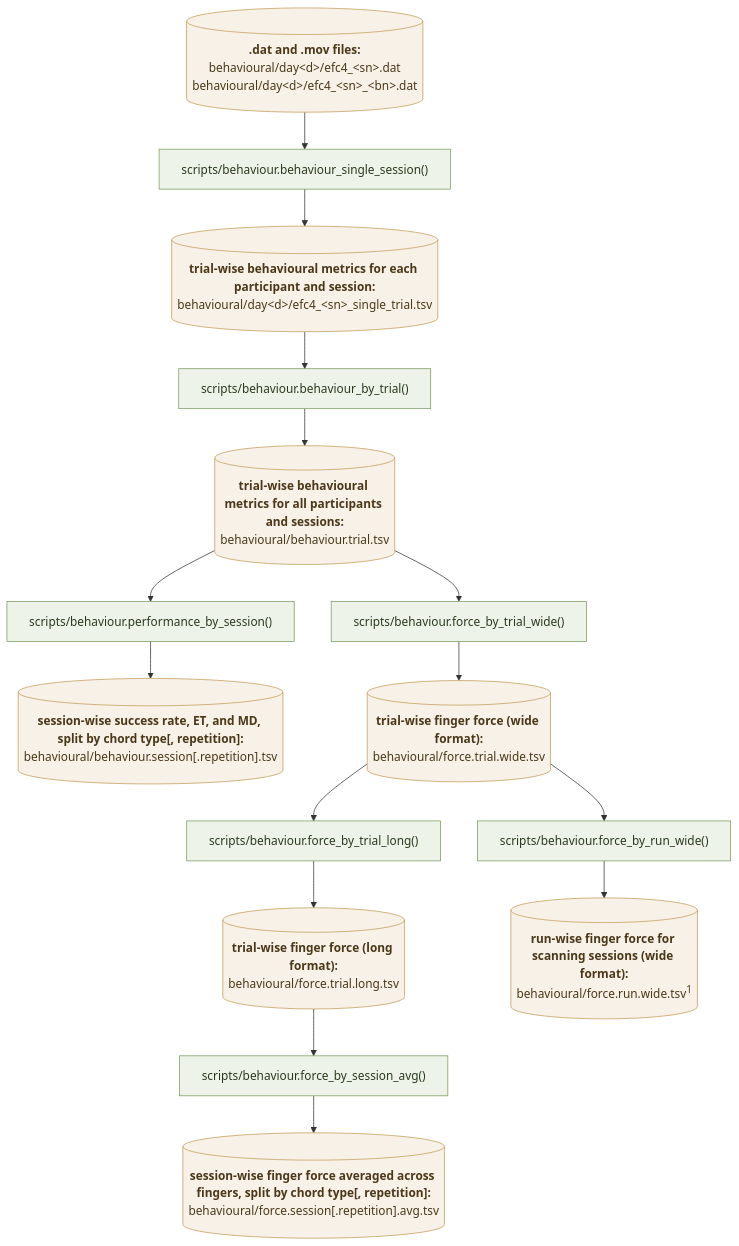
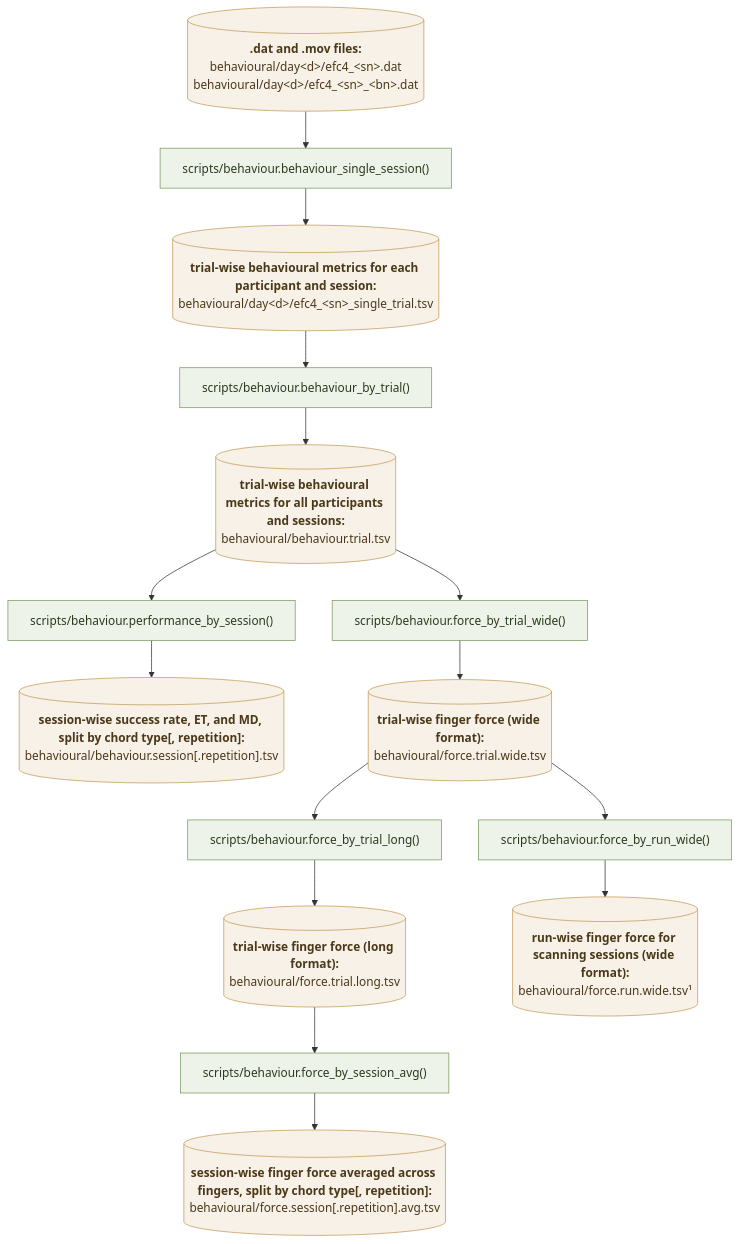
Before and after one commit to mnlmrc/extension-flexion-chords: the first of 3 diagrams in README.md, drawn with Mermaid. The commit also changed other lines of this file, not shown here.

````diff
--- a/README.md
+++ b/README.md
@@ -19,59 +19,59 @@
 ```mermaid
 flowchart TD
     %% ---------- single trial ----------
-    RAW_BEHAV[("<b>.dat and .mov files:</b><br/>behavioural/day&lt;d&gt;/efc4_&lt;sn&gt;.dat<br/>behavioural/day&lt;d&gt;/efc4_&lt;sn&gt;_&lt;bn&gt;.dat")]:::data
+    RAW_BEHAV[("<b>.dat and .mov files:</b><br/>behavioural/day#lt;d#gt;/efc4_#lt;sn#gt;.dat<br/>behavioural/day#lt;d#gt;/efc4_#lt;sn#gt;_#lt;bn#gt;.dat")]:::data
     ST["scripts/behaviour.behaviour_single_session()"]:::code
-    STTSV[("<b>trial-wise behavioural metrics for each participant and session:</b><br/>behavioural/day&lt;d&gt;/efc4_&lt;sn&gt;_single_trial.tsv")]:::data
+    STTSV[("<b>trial-wise behavioural metrics for each participant and session:</b><br/>behavioural/day#lt;d#gt;/efc4_#lt;sn#gt;_single_trial.tsv")]:::data
 
     RAW_BEHAV --> ST
     ST --> STTSV
 
     %% ---------- summary ----------
     F_TRIAL["scripts/behaviour.behaviour_by_trial()"]:::code
     F_SESS["scripts/behaviour.performance_by_session()"]:::code
     F_FWIDE["scripts/behaviour.force_by_trial_wide()"]:::code
     F_FRUN["scripts/behaviour.force_by_run_wide()"]:::code
     F_FLONG["scripts/behaviour.force_by_trial_long()"]:::code
     F_FSESS["scripts/behaviour.force_by_session_avg()"]:::code
 
     TRIAL[("<b>trial-wise behavioural metrics for all participants and sessions:</b><br/>behavioural/behaviour.trial.tsv")]:::data
     
     PERF_REP[("<b>session-wise success rate, ET, and MD, split by chord type[, repetition]:</b><br/>behavioural/behaviour.session[.repetition].tsv")]:::data
     
     FWIDE[("<b>trial-wise finger force (wide format):</b><br/>behavioural/force.trial.wide.tsv")]:::data
     FLONG[("<b>trial-wise finger force (long format):</b><br/>behavioural/force.trial.long.tsv")]:::data
     FSESS_REP[("<b>session-wise finger force averaged across fingers, split by chord type[, repetition]:</b><br/>behavioural/force.session[.repetition].avg.tsv")]:::data
-    FFMRI[("<b>run-wise finger force for scanning sessions (wide format):</b><br/>behavioural/force.run.wide.tsv<sup>1</sup>")]:::data
+    FFMRI[("<b>run-wise finger force for scanning sessions (wide format):</b><br/>behavioural/force.run.wide.tsv¹")]:::data
 
     %% ---------- force pattern analysis ----------
     %%P_GFORCE["scripts/pattern.calc_G_force()"]:::code
     %%P_DFFORCE["scripts/pattern.make_G_dataframe_force()"]:::code
 
-    %%GFORCE[("<b>8x8 second-moment matrices of 5-finger absolute force and absolute force derivative for each participant, session[, repetition]:</b><br/>pcm/subj&lt;sn&gt;/G_obs_raw.within_session.&lt;session&gt;[.&lt;repetition&gt;].force.&lt;metric&gt;.npy")]:::data
+    %%GFORCE[("<b>8x8 second-moment matrices of 5-finger absolute force and absolute force derivative for each participant, session[, repetition]:</b><br/>pcm/subj#lt;sn#gt;/G_obs_raw.within_session.#lt;session#gt;[.#lt;repetition#gt;].force.#lt;metric#gt;.npy")]:::data
     %%DFFORCE[("<b>session-wise crossnobis and angular distance between chord pairs:</b><br/>pcm/dissimilarity.within_session.force.tsv")]:::data
 
     %% performance
     STTSV --> F_TRIAL
     F_TRIAL --> TRIAL
     TRIAL --> F_SESS
     F_SESS --> PERF_REP
 
     %% force
     TRIAL --> F_FWIDE
     F_FWIDE --> FWIDE
     FWIDE --> F_FRUN
     F_FRUN --> FFMRI
     FWIDE --> F_FLONG
     F_FLONG --> FLONG
     FLONG --> F_FSESS
     F_FSESS --> FSESS_REP
 
     %% force pattern analysis
     %%FFMRI --> P_GFORCE
     %%P_GFORCE --> GFORCE
     %%GFORCE --> P_DFFORCE
     %%P_DFFORCE --> DFFORCE
 
     classDef code  fill:#eef3ea,stroke:#7a9a5f,color:#2a3a1e;
     classDef data  fill:#f7f1e8,stroke:#c39b56,color:#4a3818;
 ```
````
